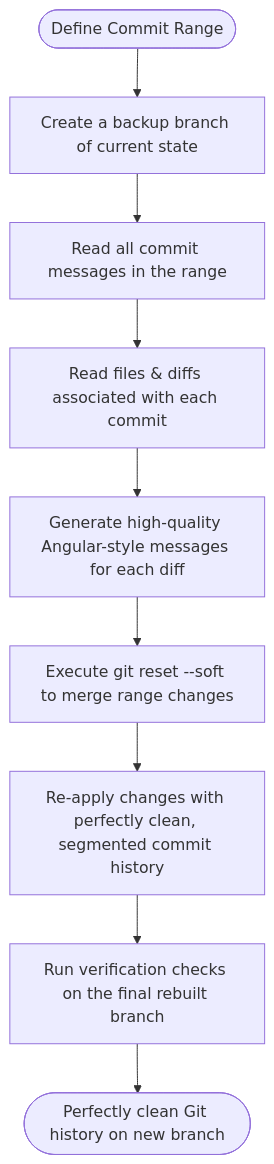
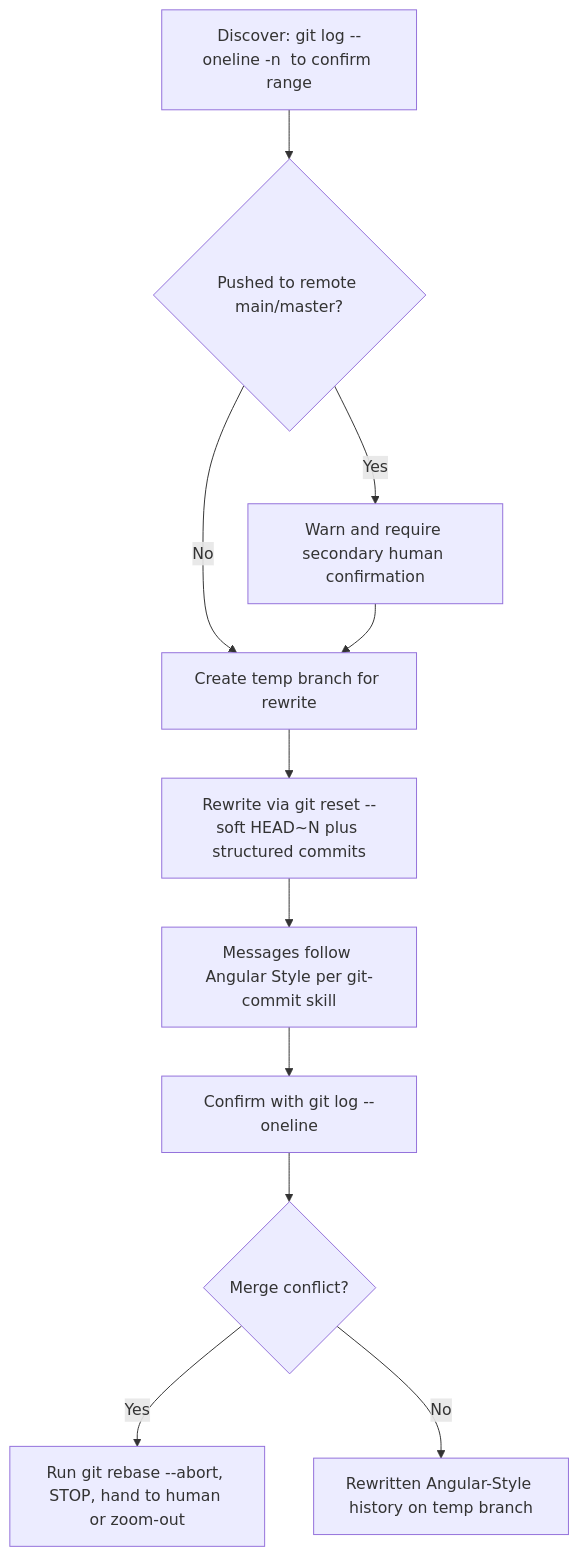
The first of 4 diagrams in docs/workflows/rewrite-commits.md (dyphn1/Harness-everything), drawn with Mermaid before and after one commit. The commit also changed other lines of this file and 16 other files, not shown here.

````diff
--- a/docs/workflows/rewrite-commits.md
+++ b/docs/workflows/rewrite-commits.md
@@ -11,11 +11,13 @@
 ```mermaid
 graph TD
-  Start([Define Commit Range]) --> BackupBranch["Create a backup branch of current state"]
-  BackupBranch --> ReadCommits["Read all commit messages in the range"]
-  ReadCommits --> AnalyzeDiffs["Read files & diffs associated with each commit"]
-  AnalyzeDiffs --> GenNewMessages["Generate high-quality Angular-style messages for each diff"]
-  GenNewMessages --> SoftReset["Execute git reset --soft to merge range changes"]
-  SoftReset --> ReapplyCommits["Re-apply changes with perfectly clean, segmented commit history"]
-  ReapplyCommits --> VerifyBranch["Run verification checks on the final rebuilt branch"]
-  VerifyBranch --> End([Perfectly clean Git history on new branch])
+  DiscoverRange["Discover: git log --oneline -n <num> to confirm range"] --> PushedGuard{"Pushed to remote main/master?"}
+  PushedGuard -->|Yes| WarnConfirm["Warn and require secondary human confirmation"]
+  PushedGuard -->|No| TempBranch["Create temp branch for rewrite"]
+  WarnConfirm --> TempBranch
+  TempBranch --> ResetSoft["Rewrite via git reset --soft HEAD~N plus structured commits"]
+  ResetSoft --> AngularMsg["Messages follow Angular Style per git-commit skill"]
+  AngularMsg --> ConfirmLog["Confirm with git log --oneline"]
+  ConfirmLog --> ConflictCheck{"Merge conflict?"}
+  ConflictCheck -->|Yes| AbortStop["Run git rebase --abort, STOP, hand to human or zoom-out"]
+  ConflictCheck -->|No| DoneHistory["Rewritten Angular-Style history on temp branch"]
 ```
````
